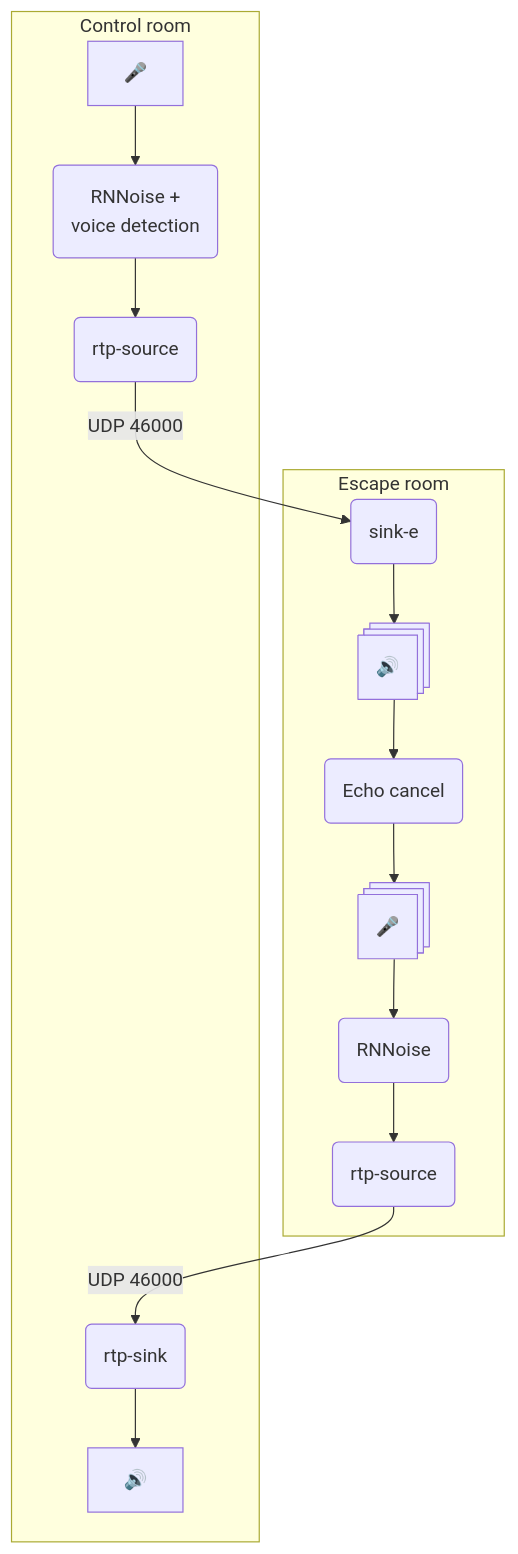
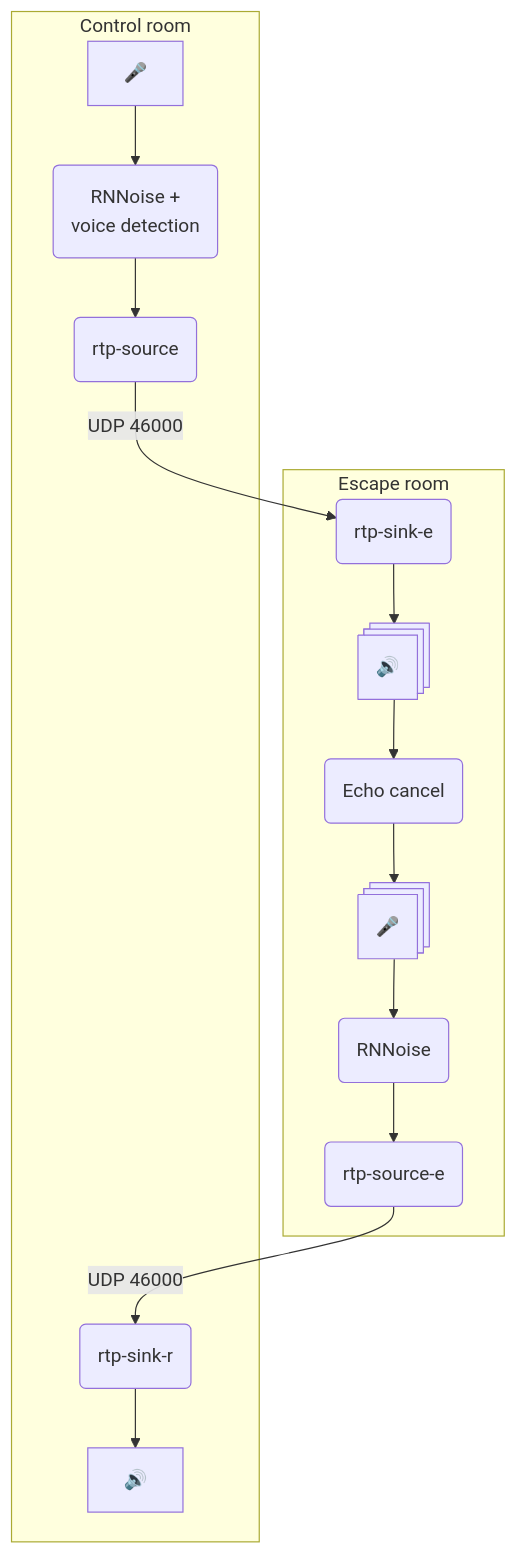
Before and after one commit to nim65s/alloria: the diagram in README.md, drawn with Mermaid.

Commit message:
graph details

````diff
--- a/README.md
+++ b/README.md
@@ -7,30 +7,30 @@
 ```mermaid
 graph
     mic-r["🎤"]
     mic-s["🎤"]
     speak-r["🔊"]
     speak-s["🔊"]
     noise-r("RNNoise + <br>voice detection")
     noise-s("RNNoise")
-    source-e("rtp-source")
-    sink-r("rtp-sink")
+    source-e("rtp-source-e")
+    sink-r("rtp-sink-r")
     source-r("rtp-source")
-    sink-e("sink-e")
+    sink-e("rtp-sink-e")
     echo("Echo cancel")
 
     mic-s@{ shape: procs}
     speak-s@{ shape: procs}
 
     source-e -- UDP 46000 --> sink-r
     source-r -- UDP 46000 --> sink-e
 
     subgraph Escape room
         sink-e --> speak-s --> echo -->
         mic-s --> noise-s --> source-e
     end
 
     subgraph Control room
         sink-r --> speak-r
         mic-r --> noise-r --> source-r
     end
 ```
````
